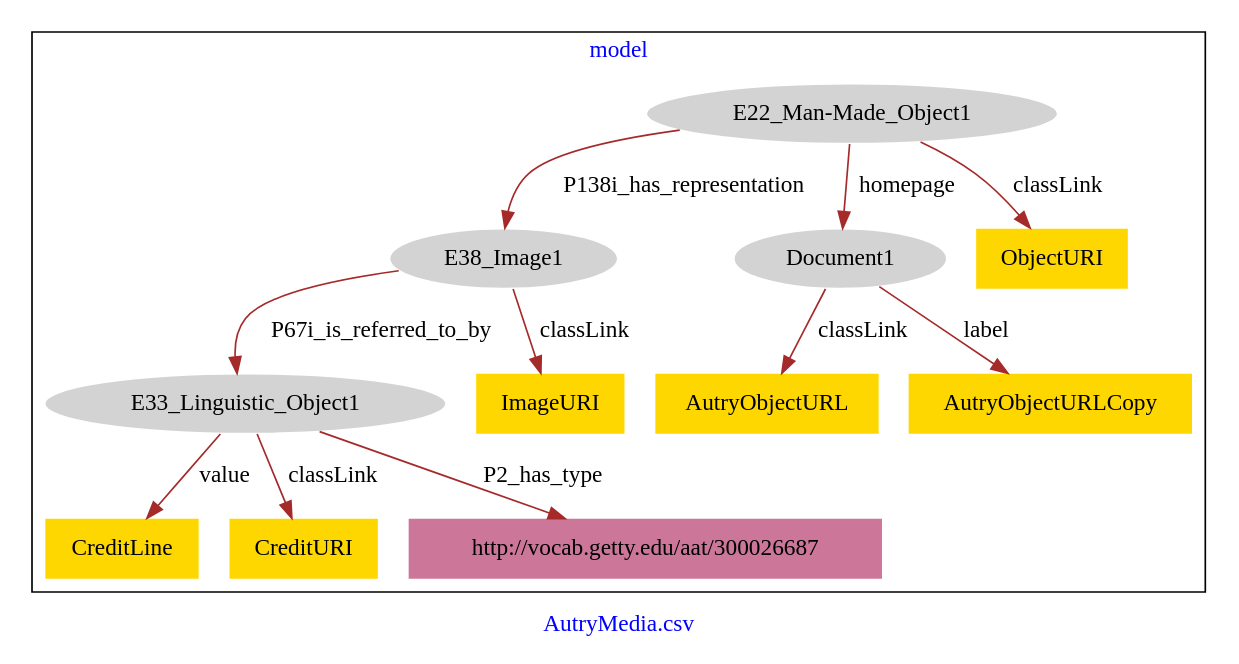
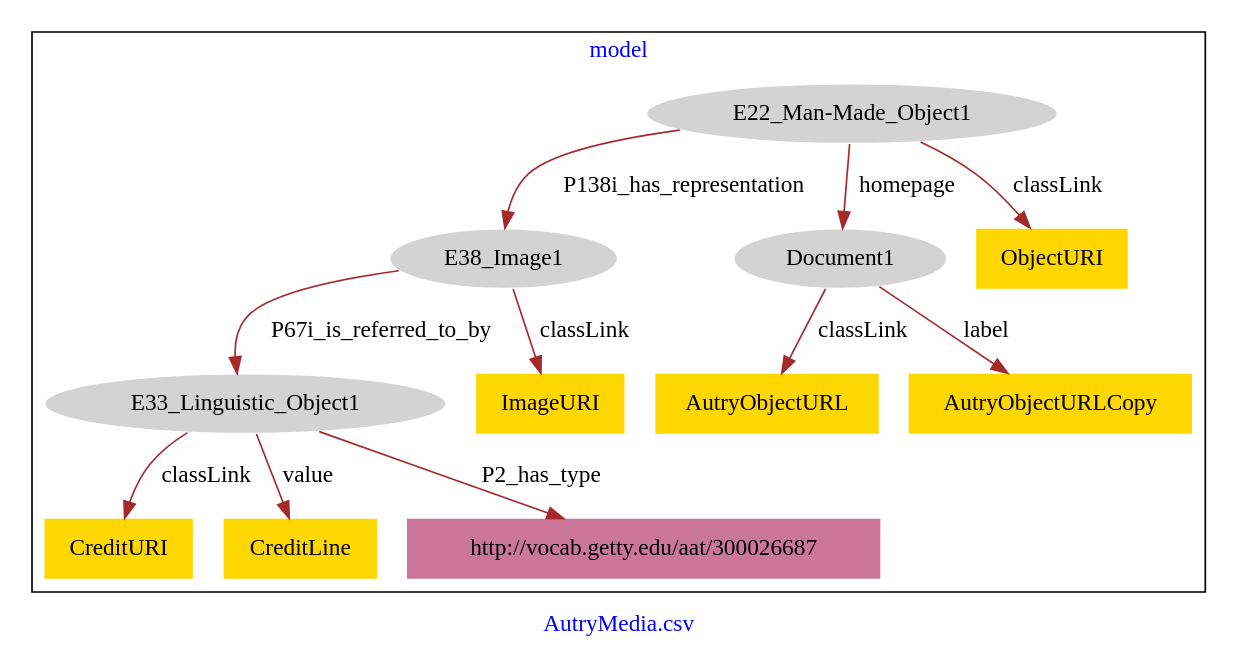
One commit to american-art/autry changed the diagram in AutryMedia/AutryMedia-model.dot. Above: the diagram before and after it, drawn with Graphviz.

Commit message:
Update file AutryMedia-model.dot

```diff
--- a/AutryMedia/AutryMedia-model.dot
+++ b/AutryMedia/AutryMedia-model.dot
@@ -1,29 +1,29 @@
 digraph n0 {
 fontcolor="blue"
 remincross="true"
 label="AutryMedia.csv"
 subgraph cluster {
 label="model"
 n2[style="filled",color="white",fillcolor="lightgray",label="E22_Man-Made_Object1"];
 n3[style="filled",color="white",fillcolor="lightgray",label="E38_Image1"];
 n4[style="filled",color="white",fillcolor="lightgray",label="Document1"];
 n5[style="filled",color="white",fillcolor="lightgray",label="E33_Linguistic_Object1"];
 n6[shape="plaintext",style="filled",fillcolor="gold",label="AutryObjectURL"];
-n7[shape="plaintext",style="filled",fillcolor="gold",label="AutryObjectURLCopy"];
-n8[shape="plaintext",style="filled",fillcolor="gold",label="CreditLine"];
+n7[shape="plaintext",style="filled",fillcolor="gold",label="ImageURI"];
+n8[shape="plaintext",style="filled",fillcolor="gold",label="ObjectURI"];
 n9[shape="plaintext",style="filled",fillcolor="gold",label="CreditURI"];
-n10[shape="plaintext",style="filled",fillcolor="gold",label="ImageURI"];
-n11[shape="plaintext",style="filled",fillcolor="gold",label="ObjectURI"];
+n10[shape="plaintext",style="filled",fillcolor="gold",label="AutryObjectURLCopy"];
+n11[shape="plaintext",style="filled",fillcolor="gold",label="CreditLine"];
 n12[shape="plaintext",style="filled",fillcolor="#CC7799",label="http://vocab.getty.edu/aat/300026687"];
 }
 n2 -> n3[color="brown",fontcolor="black",label="P138i_has_representation"]
 n2 -> n4[color="brown",fontcolor="black",label="homepage"]
 n3 -> n5[color="brown",fontcolor="black",label="P67i_is_referred_to_by"]
 n4 -> n6[color="brown",fontcolor="black",label="classLink"]
-n4 -> n7[color="brown",fontcolor="black",label="label"]
-n5 -> n8[color="brown",fontcolor="black",label="value"]
+n3 -> n7[color="brown",fontcolor="black",label="classLink"]
+n2 -> n8[color="brown",fontcolor="black",label="classLink"]
 n5 -> n9[color="brown",fontcolor="black",label="classLink"]
-n3 -> n10[color="brown",fontcolor="black",label="classLink"]
-n2 -> n11[color="brown",fontcolor="black",label="classLink"]
+n4 -> n10[color="brown",fontcolor="black",label="label"]
+n5 -> n11[color="brown",fontcolor="black",label="value"]
 n5 -> n12[color="brown",fontcolor="black",label="P2_has_type"]
 }
```
